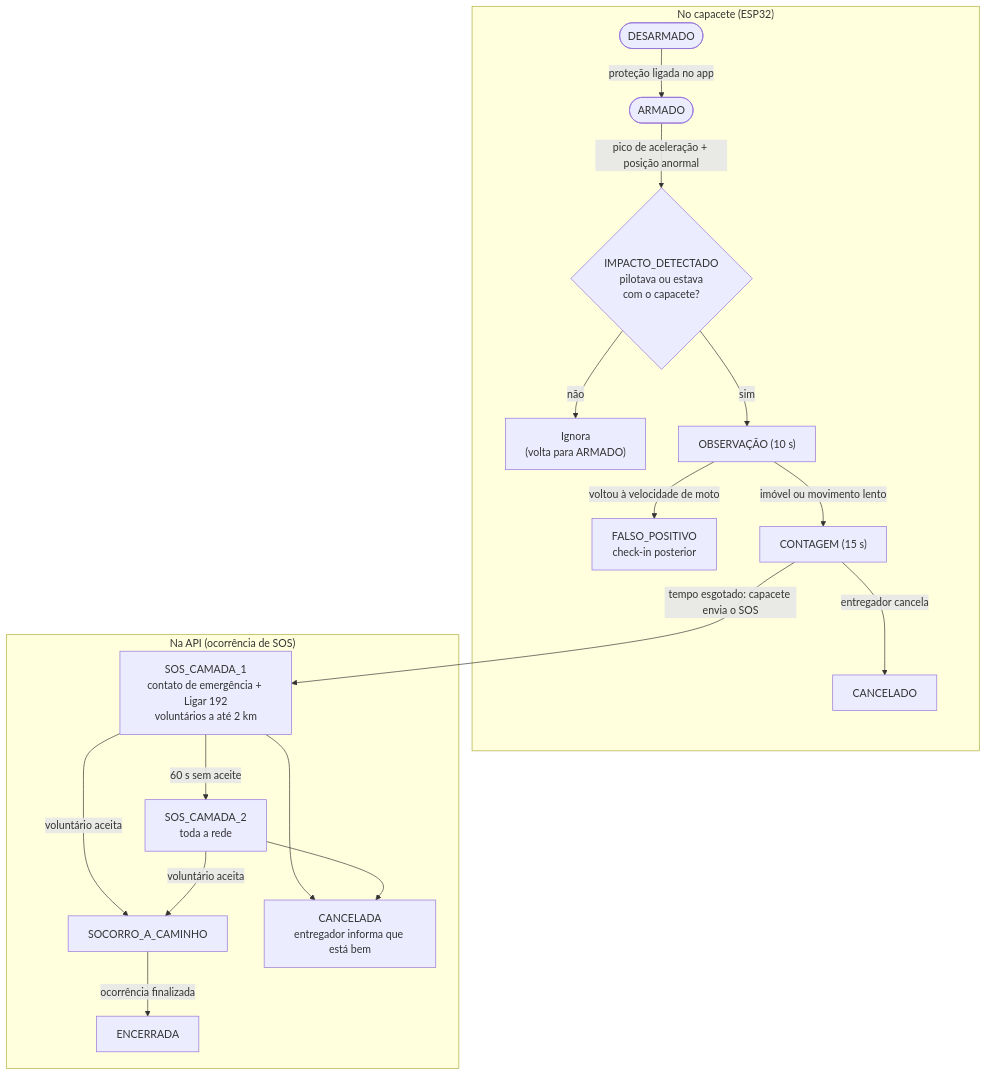
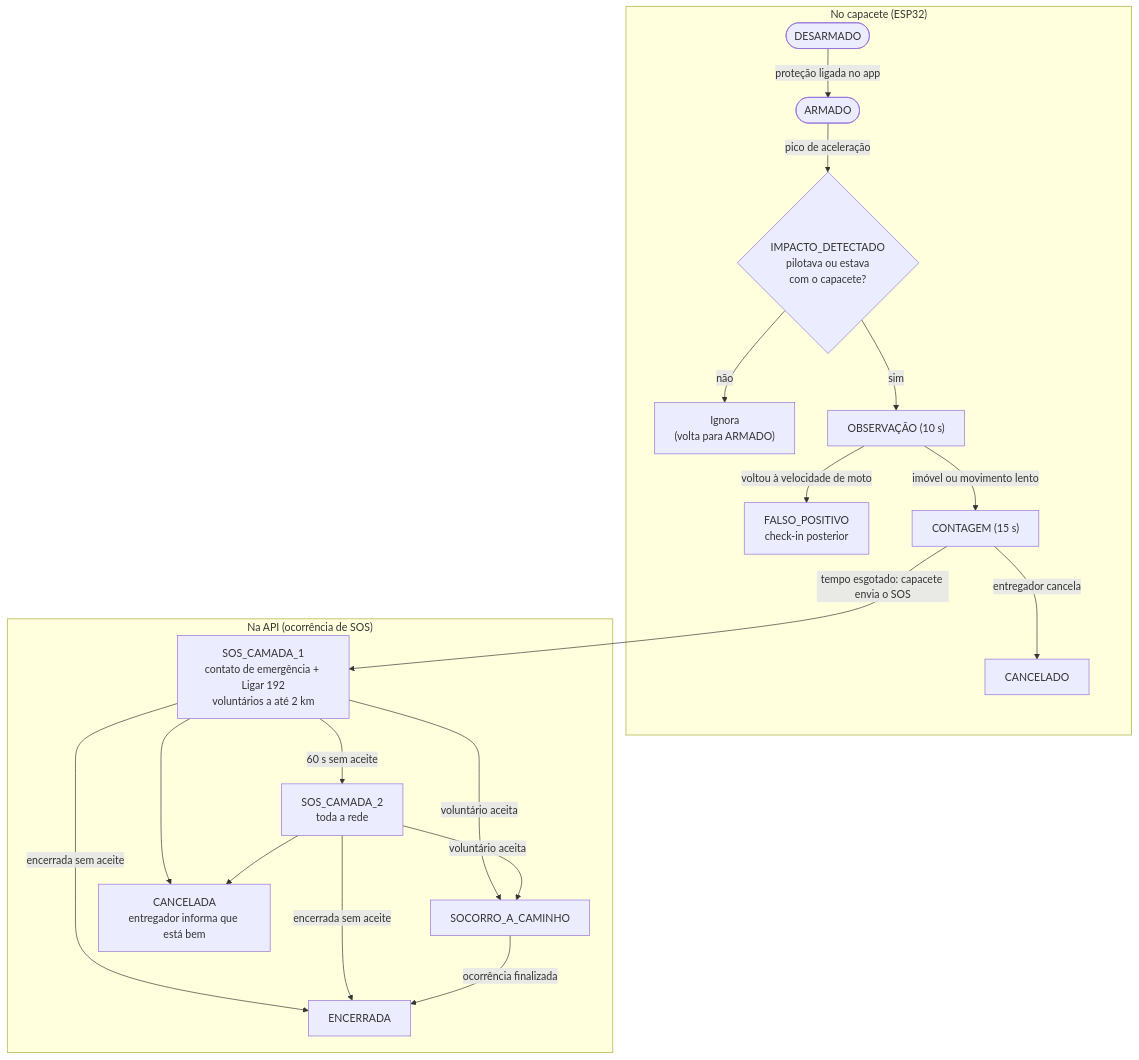
The second of 2 diagrams in README.md (renan-utida/helmcare), drawn with Mermaid before and after one commit. The commit also changed other lines of this file and 1 other file, not shown here.

````diff
--- a/README.md
+++ b/README.md
@@ -127,26 +127,28 @@
 ```mermaid
 flowchart TD
     subgraph CAP["No capacete (ESP32)"]
         A([DESARMADO]) -->|proteção ligada no app| B([ARMADO])
-        B -->|pico de aceleração + posição anormal| C{"IMPACTO_DETECTADO<br/>pilotava ou estava<br/>com o capacete?"}
+        B -->|pico de aceleração| C{"IMPACTO_DETECTADO<br/>pilotava ou estava<br/>com o capacete?"}
         C -->|não| IG["Ignora<br/>(volta para ARMADO)"]
         C -->|sim| D["OBSERVAÇÃO (10 s)"]
         D -->|voltou à velocidade de moto| FP["FALSO_POSITIVO<br/>check-in posterior"]
         D -->|imóvel ou movimento lento| E["CONTAGEM (15 s)"]
         E -->|entregador cancela| CA["CANCELADO"]
     end
     subgraph APIG["Na API (ocorrência de SOS)"]
         S1["SOS_CAMADA_1<br/>contato de emergência + Ligar 192<br/>voluntários a até 2 km"]
         S2["SOS_CAMADA_2<br/>toda a rede"]
         SC["SOCORRO_A_CAMINHO"]
         CL["CANCELADA<br/>entregador informa que está bem"]
         EN["ENCERRADA"]
     end
     E -->|tempo esgotado: capacete envia o SOS| S1
     S1 -->|60 s sem aceite| S2
     S1 -->|voluntário aceita| SC
     S2 -->|voluntário aceita| SC
     S1 --> CL
     S2 --> CL
+    S1 -->|encerrada sem aceite| EN
+    S2 -->|encerrada sem aceite| EN
     SC -->|ocorrência finalizada| EN
 ```
````
